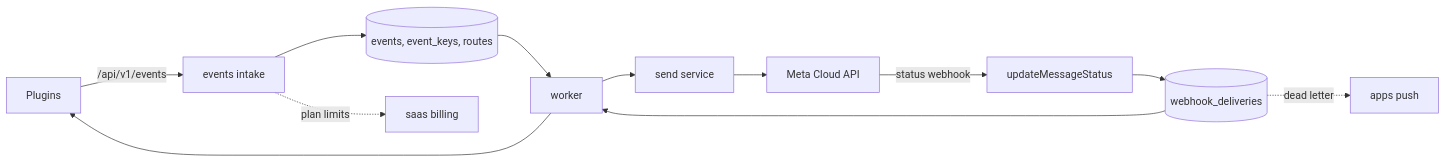
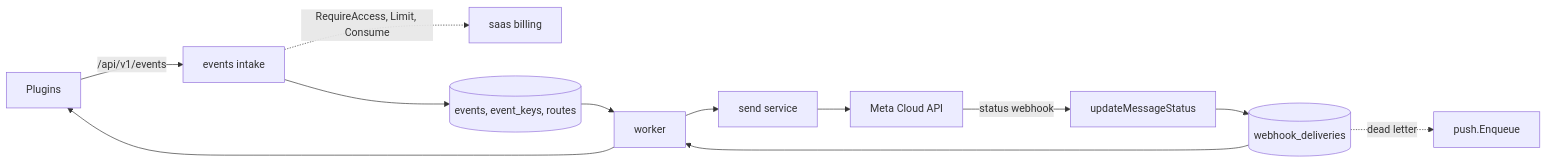
The second of 2 diagrams in docs/programs/polygin-saas/modules/connect/G1.md (suparikoli/whatomate), drawn with Mermaid before and after one commit. The commit also changed other lines of this file and 38 other files, not shown here.

````diff
--- a/docs/programs/polygin-saas/modules/connect/G1.md
+++ b/docs/programs/polygin-saas/modules/connect/G1.md
@@ -115,9 +66,9 @@
 ```mermaid
 flowchart LR
   PL[Plugins] -->|/api/v1/events| IN[events intake]
+  IN -.RequireAccess, Limit, Consume.-> SA[saas billing]
   IN --> PG[(events, event_keys, routes)]
-  IN -.plan limits.-> SA[saas billing]
   PG --> WK[worker] --> SND[send service] --> META[Meta Cloud API]
   META -->|status webhook| ST[updateMessageStatus] --> OB[(webhook_deliveries)] --> WK --> PL
-  OB -.dead letter.-> AP[apps push]
+  OB -.dead letter.-> AP[push.Enqueue]
 ```
````
